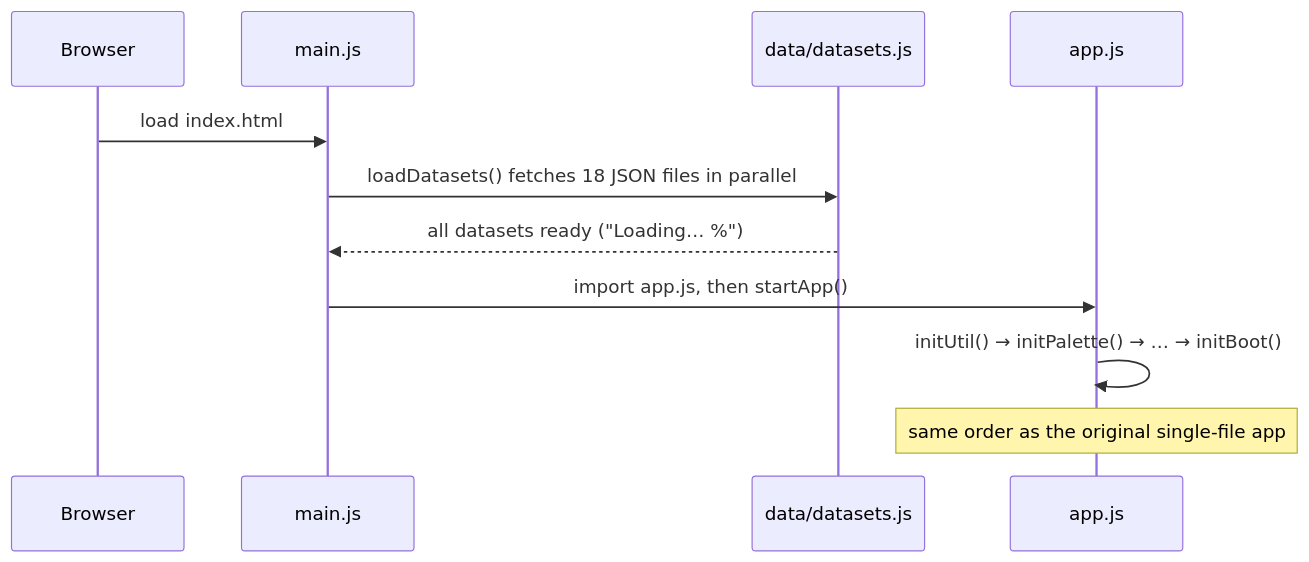
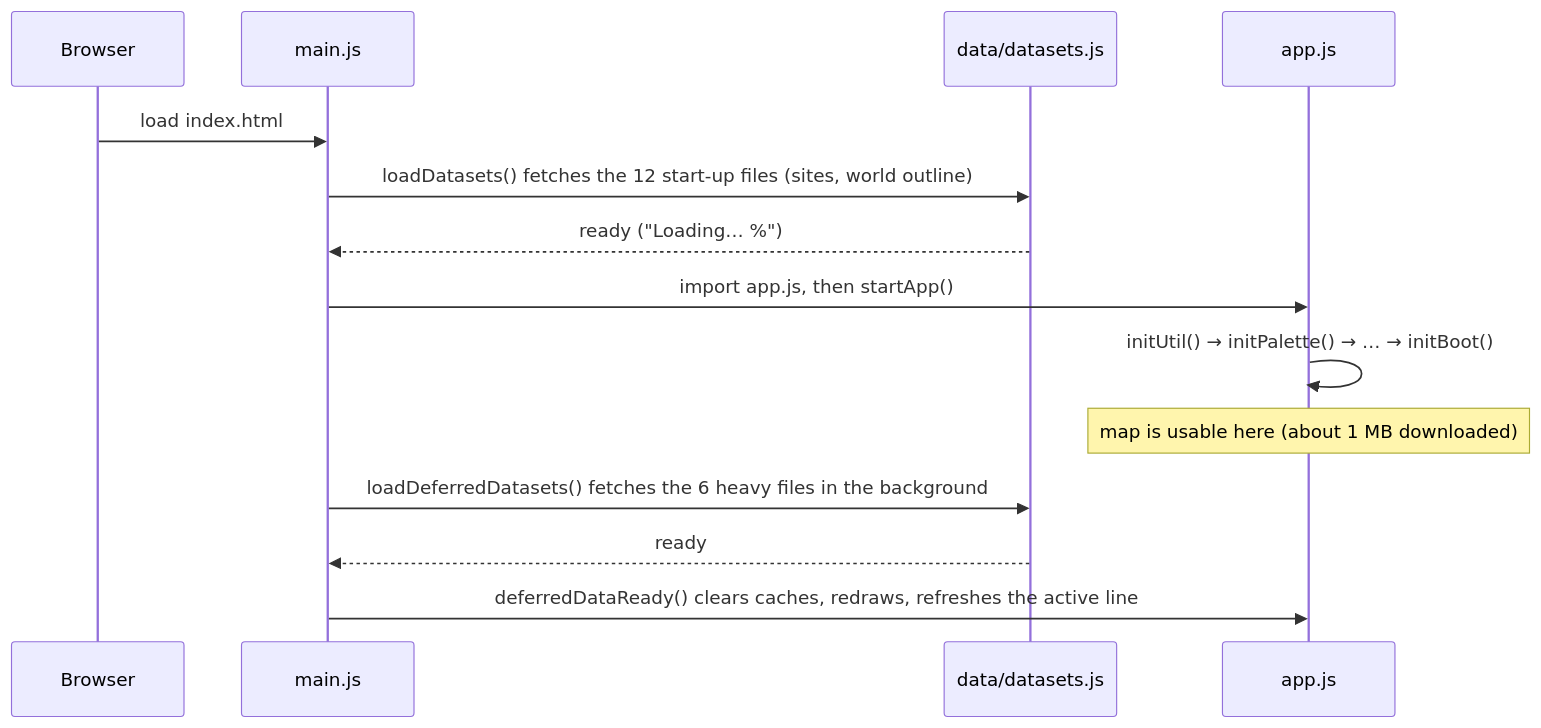
The second of 2 diagrams in ARCHITECTURE.md (NobleWolf412/ley-atlas), drawn with Mermaid before and after one commit. The commit also changed other lines of this file and 24 other files, not shown here.

First line of the commit message:
Fast start, installable offline app, shareable line links (2.2)

````diff
--- a/ARCHITECTURE.md
+++ b/ARCHITECTURE.md
@@ -49,13 +49,16 @@
 ```mermaid
 sequenceDiagram
   participant B as Browser
   participant M as main.js
   participant D as data/datasets.js
   participant A as app.js
   B->>M: load index.html
-  M->>D: loadDatasets() fetches 18 JSON files in parallel
-  D-->>M: all datasets ready ("Loading… %")
+  M->>D: loadDatasets() fetches the 12 start-up files (sites, world outline)
+  D-->>M: ready ("Loading… %")
   M->>A: import app.js, then startApp()
   A->>A: initUtil() → initPalette() → … → initBoot()
-  Note over A: same order as the original single-file app
+  Note over A: map is usable here (about 1 MB downloaded)
+  M->>D: loadDeferredDatasets() fetches the 6 heavy files in the background
+  D-->>M: ready
+  M->>A: deferredDataReady() clears caches, redraws, refreshes the active line
 ```
````
